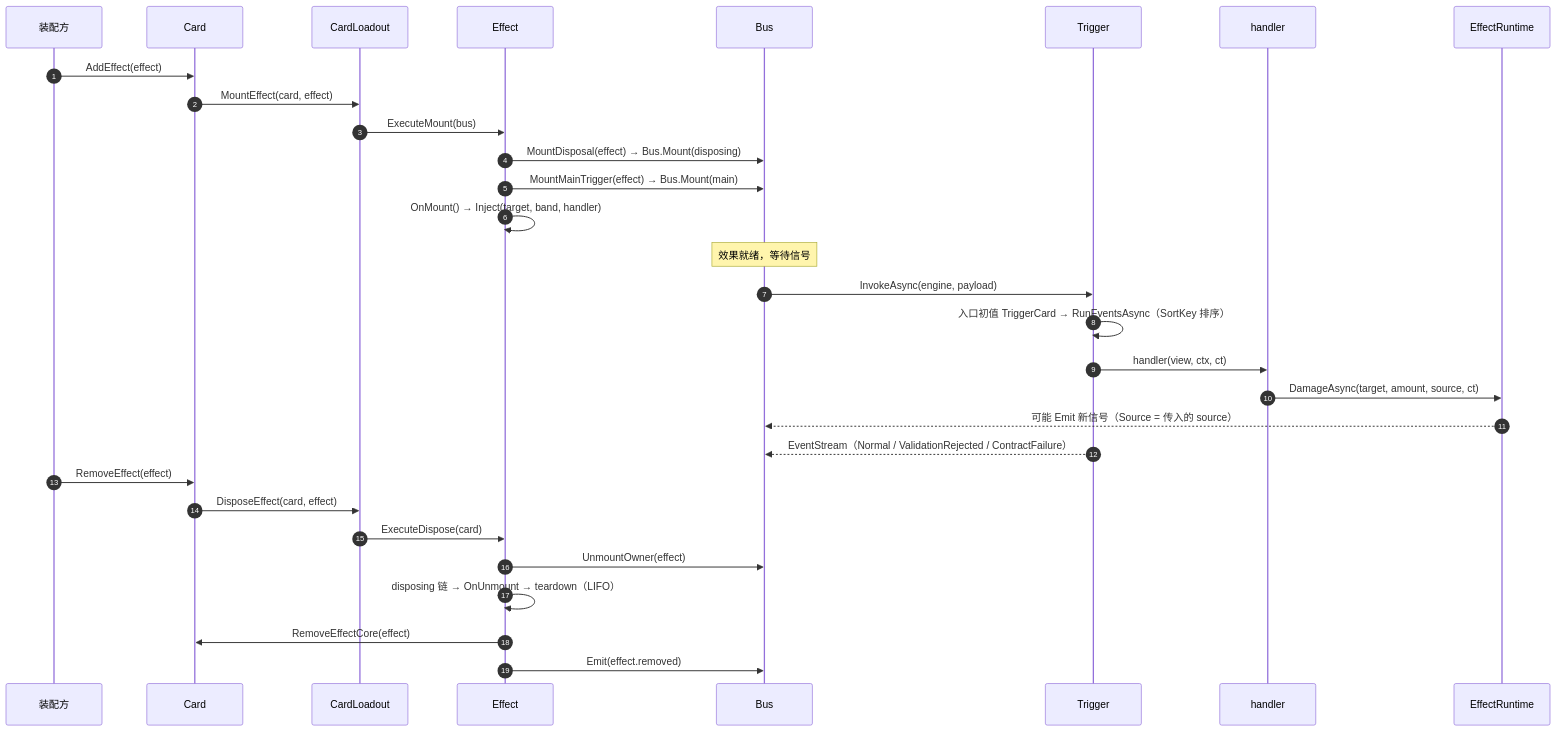
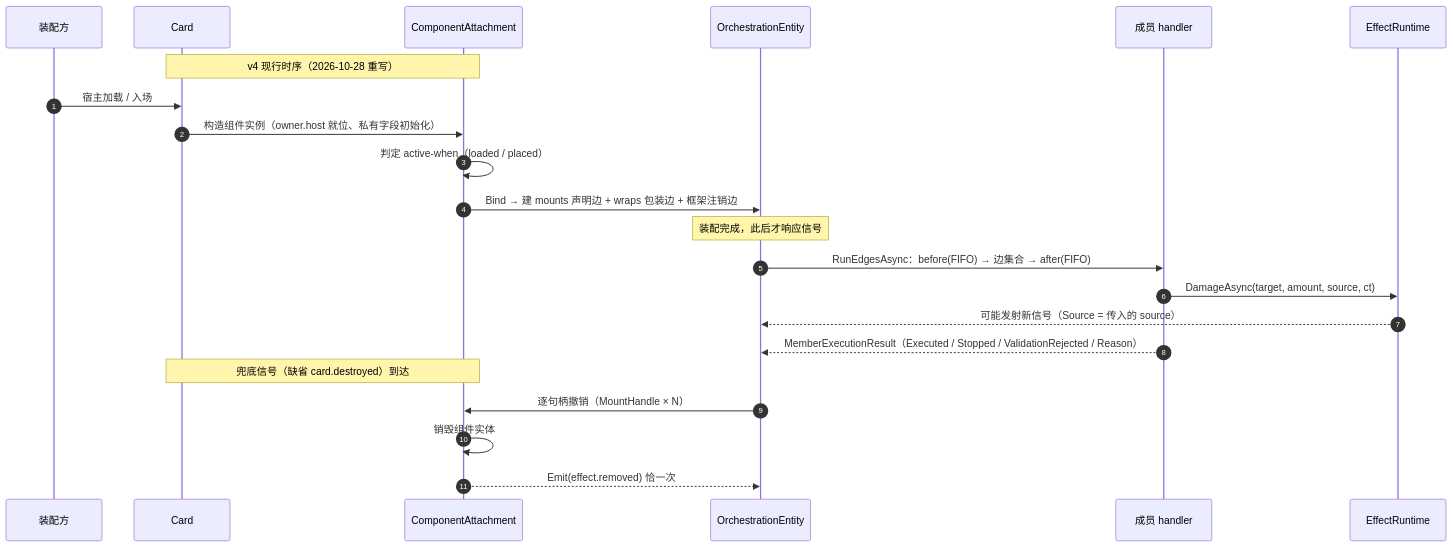
Before and after one commit to hitman-OLD6/OrC-KSD: the first of 2 diagrams in docs/卡牌DIY开发文档/01-效果原理.md, drawn with Mermaid. The commit also changed other lines of this file and 33 other files, not shown here.

````diff
--- a/docs/卡牌DIY开发文档/01-效果原理.md
+++ b/docs/卡牌DIY开发文档/01-效果原理.md
@@ -67,33 +94,25 @@
 ```mermaid
 sequenceDiagram
     autonumber
     participant U as 装配方
     participant C as Card
-    participant L as CardLoadout
-    participant E as Effect
-    participant B as Bus
-    participant T as Trigger
-    participant H as handler
+    participant A as ComponentAttachment
+    participant O as OrchestrationEntity
+    participant H as 成员 handler
     participant R as EffectRuntime
 
-    U->>C: AddEffect(effect)
-    C->>L: MountEffect(card, effect)
-    L->>E: ExecuteMount(bus)
-    E->>B: MountDisposal(effect) → Bus.Mount(disposing)
-    E->>B: MountMainTrigger(effect) → Bus.Mount(main)
-    E->>E: OnMount() → Inject(target, band, handler)
-    Note over B: 效果就绪，等待信号
-    B->>T: InvokeAsync(engine, payload)
-    T->>T: 入口初值 TriggerCard → RunEventsAsync（SortKey 排序）
-    T->>H: handler(view, ctx, ct)
+    Note over C,A: v4 现行时序（2026-10-28 重写）
+    U->>C: 宿主加载 / 入场
+    C->>A: 构造组件实例（owner.host 就位、私有字段初始化）
+    A->>A: 判定 active-when（loaded / placed）
+    A->>O: Bind → 建 mounts 声明边 + wraps 包装边 + 框架注销边
+    Note over O: 装配完成，此后才响应信号
+    O->>H: RunEdgesAsync：before(FIFO) → 边集合 → after(FIFO)
     H->>R: DamageAsync(target, amount, source, ct)
-    R-->>B: 可能 Emit 新信号（Source = 传入的 source）
-    T-->>B: EventStream（Normal / ValidationRejected / ContractFailure）
-    U->>C: RemoveEffect(effect)
-    C->>L: DisposeEffect(card, effect)
-    L->>E: ExecuteDispose(card)
-    E->>B: UnmountOwner(effect)
-    E->>E: disposing 链 → OnUnmount → teardown（LIFO）
-    E->>C: RemoveEffectCore(effect)
-    E->>B: Emit(effect.removed)
+    R-->>O: 可能发射新信号（Source = 传入的 source）
+    H-->>O: MemberExecutionResult（Executed / Stopped / ValidationRejected / Reason）
+    Note over C,A: 兜底信号（缺省 card.destroyed）到达
+    O->>A: 逐句柄撤销（MountHandle × N）
+    A->>A: 销毁组件实体
+    A-->>O: Emit(effect.removed) 恰一次
 ```
````
